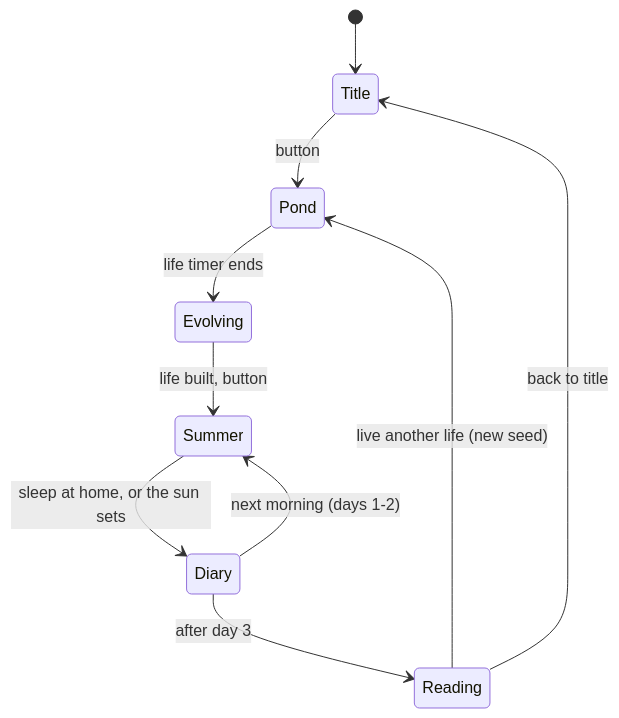
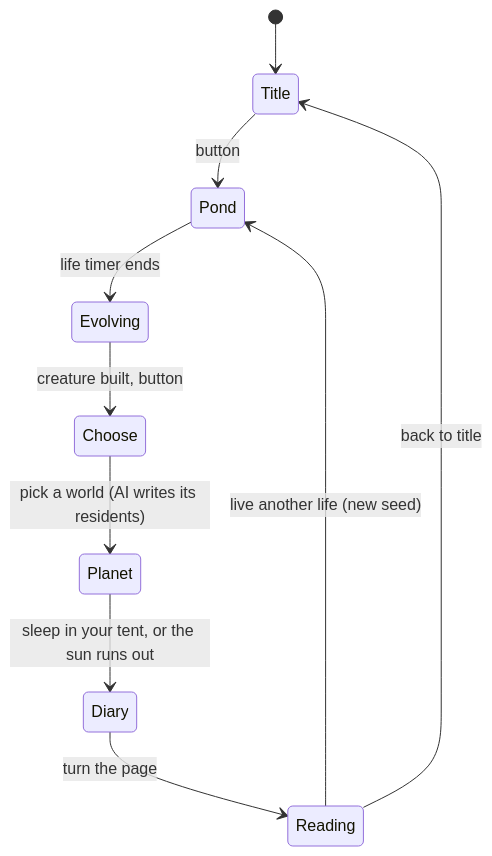
The diagram in README.md (mmosle28/evol), drawn with Mermaid before and after one commit. The commit also changed other lines of this file and 21 other files, not shown here.

````diff
--- a/README.md
+++ b/README.md
@@ -33,12 +41,12 @@
 ```mermaid
 stateDiagram-v2
     [*] --> Title
     Title --> Pond: button
     Pond --> Evolving: life timer ends
-    Evolving --> Summer: life built, button
-    Summer --> Diary: sleep at home, or the sun sets
-    Diary --> Summer: next morning (days 1-2)
-    Diary --> Reading: after day 3
+    Evolving --> Choose: creature built, button
+    Choose --> Planet: pick a world (AI writes its residents)
+    Planet --> Diary: sleep in your tent, or the sun runs out
+    Diary --> Reading: turn the page
     Reading --> Pond: live another life (new seed)
     Reading --> Title: back to title
 ```
````
